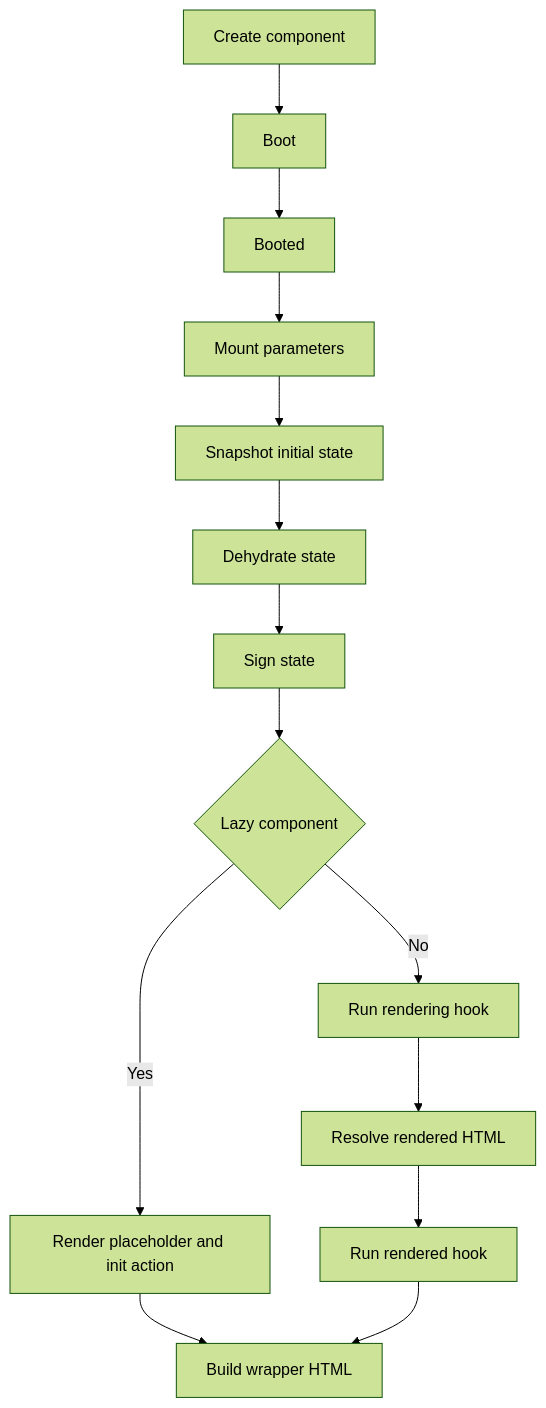
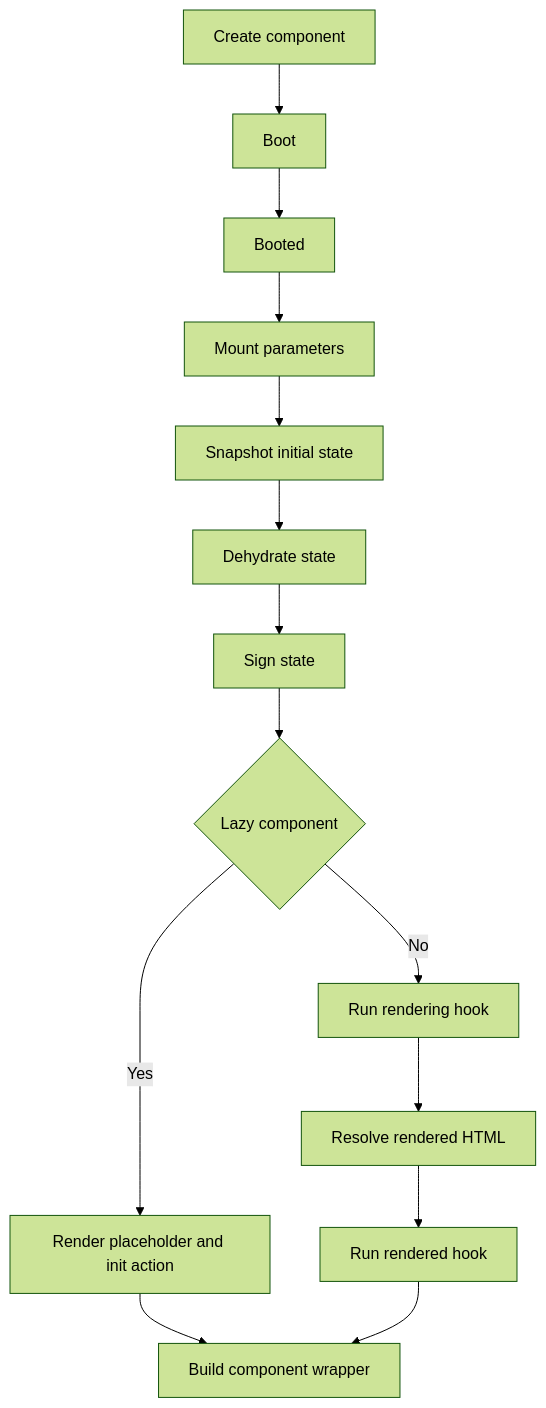
The second of 7 diagrams in documentation/handbook/07-livecomponent.md (shuklasp/spp), drawn with Mermaid (forest theme) before and after one commit. The commit also changed other lines of this file, not shown here.

````diff
--- a/documentation/handbook/07-livecomponent.md
+++ b/documentation/handbook/07-livecomponent.md
@@ -17,16 +118,16 @@
 ```mermaid
 flowchart TD
     A[Create component] --> B[Boot]
     B --> C[Booted]
     C --> D[Mount parameters]
     D --> E[Snapshot initial state]
     E --> F[Dehydrate state]
     F --> G[Sign state]
     G --> H{Lazy component}
     H -- Yes --> I[Render placeholder and init action]
     H -- No --> J[Run rendering hook]
     J --> K[Resolve rendered HTML]
     K --> L[Run rendered hook]
-    I --> M[Build wrapper HTML]
+    I --> M[Build component wrapper]
     L --> M
 ```
````
